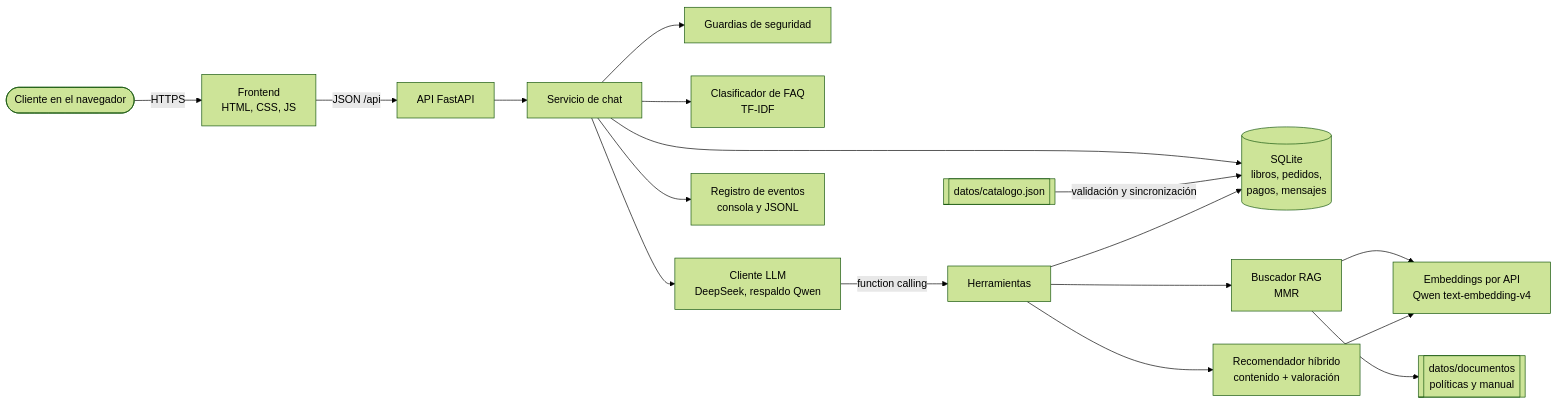
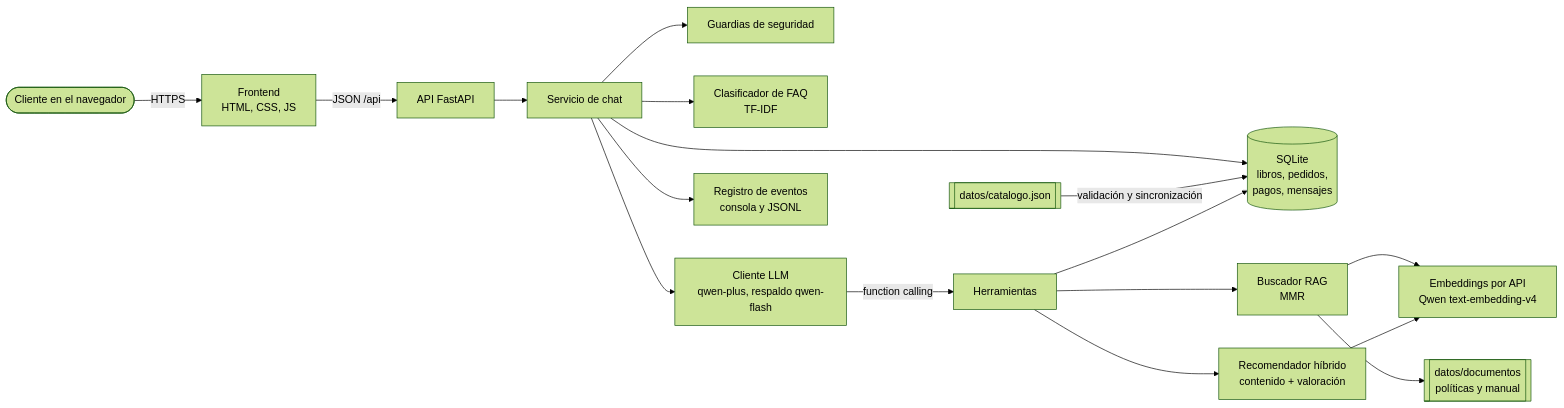
The first of 3 diagrams in README.md (MechatronicCoder/chatbot-llm-rag), drawn with Mermaid (forest theme) before and after one commit. The commit also changed other lines of this file and 26 other files, not shown here.

````diff
--- a/README.md
+++ b/README.md
@@ -94,19 +94,19 @@
 ```mermaid
 flowchart LR
     U([Cliente en el navegador]) -->|HTTPS| F[Frontend<br/>HTML, CSS, JS]
     F -->|JSON /api| A[API FastAPI]
     A --> S[Servicio de chat]
     S --> G[Guardias de seguridad]
     S --> Q[Clasificador de FAQ<br/>TF-IDF]
-    S --> L[Cliente LLM<br/>DeepSeek, respaldo Qwen]
+    S --> L[Cliente LLM<br/>qwen-plus, respaldo qwen-flash]
     L -->|function calling| H[Herramientas]
     H --> D[(SQLite<br/>libros, pedidos,<br/>pagos, mensajes)]
     H --> REC[Recomendador híbrido<br/>contenido + valoración]
     H --> R[Buscador RAG<br/>MMR]
     REC --> E[Embeddings por API<br/>Qwen text-embedding-v4]
     R --> E
     R --> P[[datos/documentos<br/>políticas y manual]]
     C[[datos/catalogo.json]] -->|validación y sincronización| D
     S --> D
     S --> O[Registro de eventos<br/>consola y JSONL]
 ```
````
